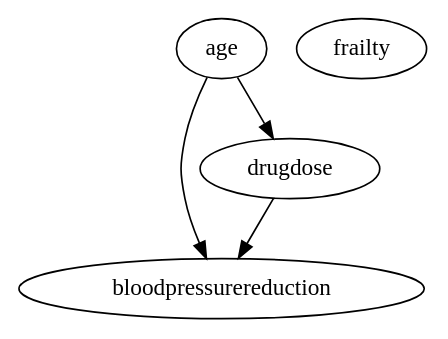
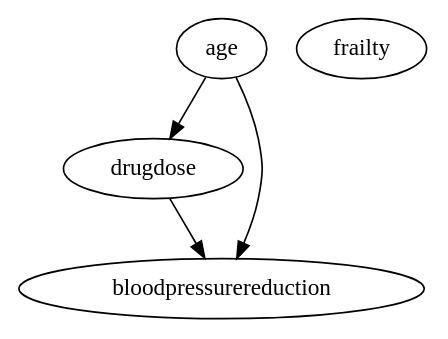
The diagram in recidivism-causal/results/graphs_ReX/rex__domain_shift_sem.dot (wigglypint/thesis), drawn with Graphviz before and after one commit. The commit also changed other lines of this file and 1179 other files, not shown here.

```diff
--- a/recidivism-causal/results/graphs_ReX/rex__domain_shift_sem.dot
+++ b/recidivism-causal/results/graphs_ReX/rex__domain_shift_sem.dot
@@ -1,9 +1,9 @@
 strict digraph {
-bloodpressurereduction;
 age;
 drugdose;
+bloodpressurereduction;
 frailty;
 age -> drugdose;
 age -> bloodpressurereduction;
 drugdose -> bloodpressurereduction;
 }
```
